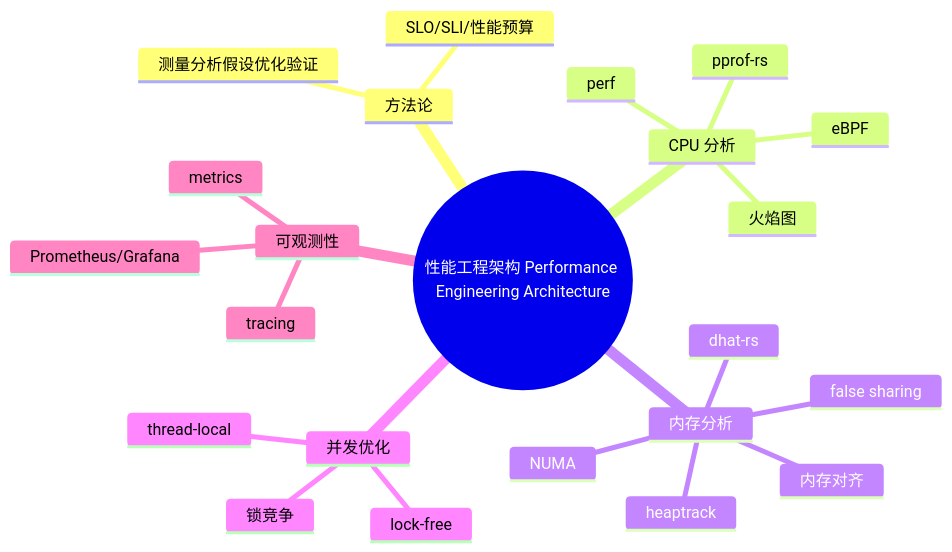
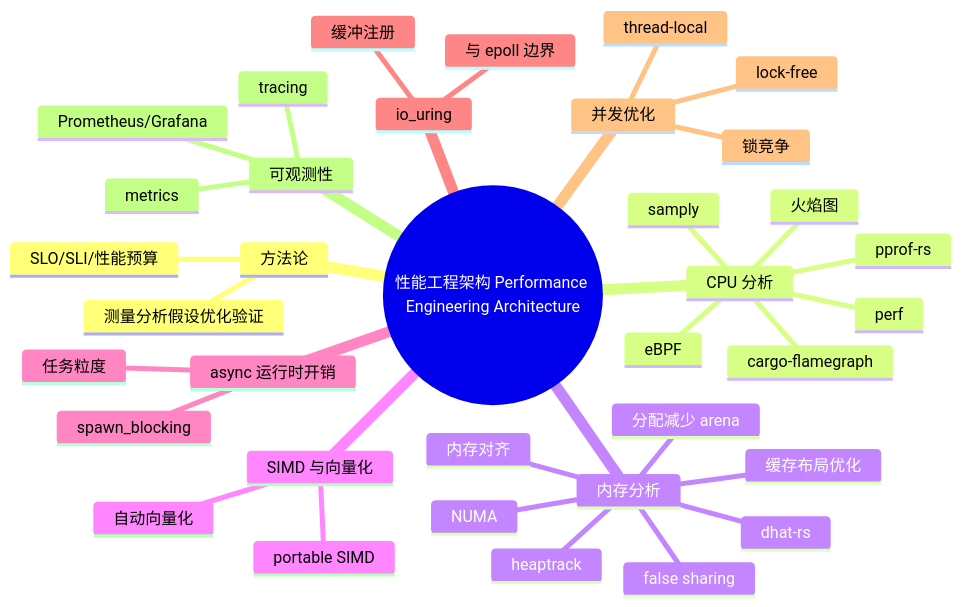
The second of 2 diagrams in concept/06_ecosystem/10_performance/02_performance_engineering_architecture.md (martin-ly/rust-lang), drawn with Mermaid before and after one commit. The commit also changed other lines of this file and 150 other files, not shown here.

````diff
--- a/concept/06_ecosystem/10_performance/02_performance_engineering_architecture.md
+++ b/concept/06_ecosystem/10_performance/02_performance_engineering_architecture.md
@@ -766,26 +1049,39 @@
 ```mermaid
 mindmap
   root((性能工程架构 Performance Engineering Architecture))
     方法论
       测量分析假设优化验证
       SLO/SLI/性能预算
     CPU 分析
       perf
       火焰图
+      cargo-flamegraph
+      samply
       pprof-rs
       eBPF
     内存分析
       dhat-rs
       heaptrack
       内存对齐
+      缓存布局优化
+      分配减少 arena
       false sharing
       NUMA
+    SIMD 与向量化
+      自动向量化
+      portable SIMD
+    async 运行时开销
+      任务粒度
+      spawn_blocking
+    io_uring
+      缓冲注册
+      与 epoll 边界
     并发优化
       锁竞争
       lock-free
       thread-local
     可观测性
       tracing
       metrics
       Prometheus/Grafana
 ```
````
